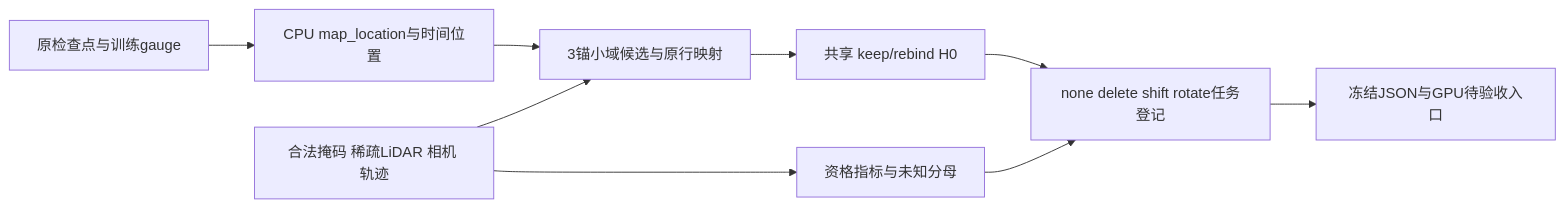
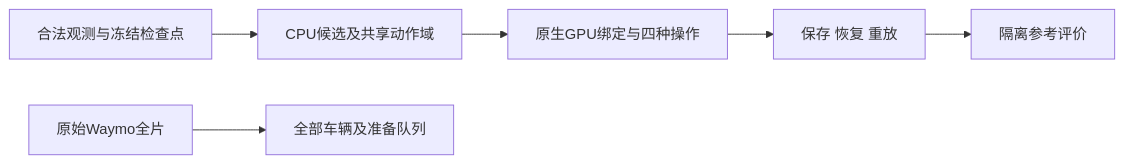
Before and after one commit to yunlongdeng123/Motion-Proj: the diagram in scripts/worldsim_v82/v43_ownership_20261028/v43_decision_r4/README.md, drawn with Mermaid. The commit also changed other lines of this file and 123 other files, not shown here.

````diff
--- a/scripts/worldsim_v82/v43_ownership_20261028/v43_decision_r4/README.md
+++ b/scripts/worldsim_v82/v43_ownership_20261028/v43_decision_r4/README.md
@@ -5,11 +5,8 @@
 ```mermaid
 flowchart LR
-  A[原检查点与训练gauge] --> C[CPU map_location与时间位置]
-  B[合法掩码 稀疏LiDAR 相机 轨迹] --> D[3锚小域候选与原行映射]
-  C --> D
-  D --> E[共享 keep/rebind H0]
-  E --> F[none delete shift rotate任务登记]
-  B --> G[资格指标与未知分母]
-  G --> F
-  F --> H[冻结JSON与GPU待验收入口]
+  O[合法观测与冻结检查点] --> C[CPU候选及共享动作域]
+  C --> R[原生GPU绑定与四种操作]
+  R --> S[保存 恢复 重放]
+  S --> E[隔离参考评价]
+  W[原始Waymo全片] --> A[全部车辆及准备队列]
 ```
````
